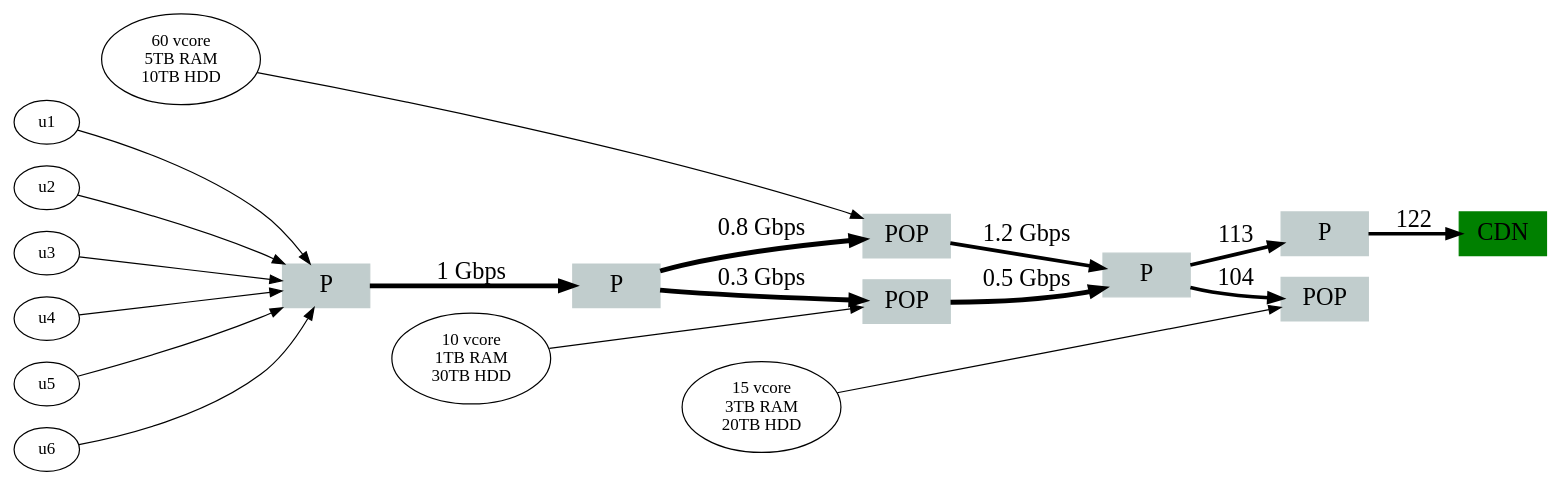
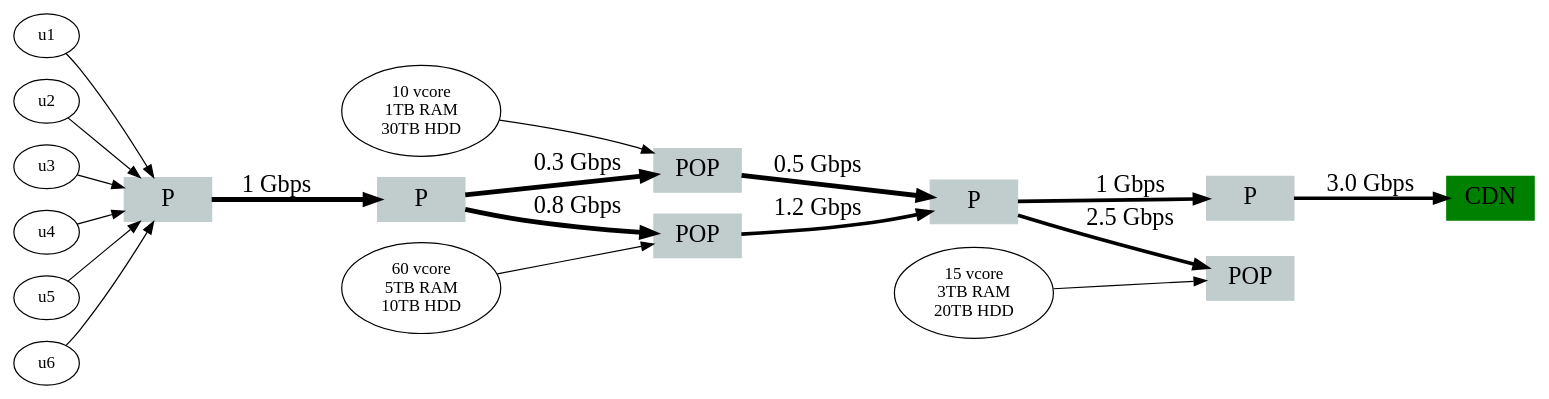
Before and after one commit to nherbaut/vCDN: the diagram in paper/fig/substrate.dot, drawn with Graphviz. The commit also changed 2 other files, not shown here.

```diff
--- a/paper/fig/substrate.dot
+++ b/paper/fig/substrate.dot
@@ -1,37 +1,37 @@
 digraph{rankdir=LR;
 
 
 
  subgraph{
 u1->0;
 u2->0;
 u3->0;
 u4->0;
 u5->0;
 u6->0;
-cpu10->2[weight=0];
+cpu10->2[weight=1];
 cpu10[label="10 vcore\n1TB RAM\n30TB HDD"];
-cpu11->3[weight=0];
+cpu11->3[weight=1];
 cpu11[label="60 vcore\n5TB RAM\n10TB HDD"];
-cpu12->6[weight=0];
+cpu12->6[weight=1];
 cpu12[label="15 vcore\n3TB RAM\n20TB HDD"];
 0 [label="P",shape=box,color=black,width=1.000000,fontsize=20,color=azure3,style=filled];
 1 [label="P",shape=box,color=black,width=1.000000,fontsize=20,color=azure3,style=filled];
 2 [label="POP",shape=box,color=black,width=1.000000,fontsize=20,color=azure3,style=filled];
 3 [label="POP",shape=box,color=black,width=1.000000,fontsize=20,color=azure3,style=filled];
 4 [label="P",shape=box,color=black,width=1.000000,fontsize=20,color=azure3,style=filled];
 5 [label="P",shape=box,color=black,width=1.000000,fontsize=20,color=azure3,style=filled];
 6 [label="POP",shape=box,color=black,width=1.000000,fontsize=20,color=azure3,style=filled];
 7 [label="CDN",shape=box,color=black,width=1.000000,fontsize=20,color=green,style=filled];
 0->1 [ label="1 Gbps", penwidth="4",  fontsize=20];
  1->2 [ label="0.3 Gbps", penwidth="4", fontsize=20];
  1->3 [ label="0.8 Gbps", penwidth="4",  fontsize=20];
  2->4 [ label="0.5 Gbps", penwidth="4",  fontsize=20];
  3->4 [ label="1.2 Gbps", penwidth="3",  fontsize=20];
- 4->6 [ label="104", penwidth="3",  fontsize=20];
- 5->7 [ label="122", penwidth="3",  fontsize=20];
- 4->5 [ label="113", penwidth="3",  fontsize=20];
+ 4->6 [ label="2.5 Gbps", penwidth="3",  fontsize=20];
+ 5->7 [ label="3.0 Gbps", penwidth="3",  fontsize=20];
+ 4->5 [ label="1 Gbps", penwidth="3",  fontsize=20];
 
 }
 
 }
```
